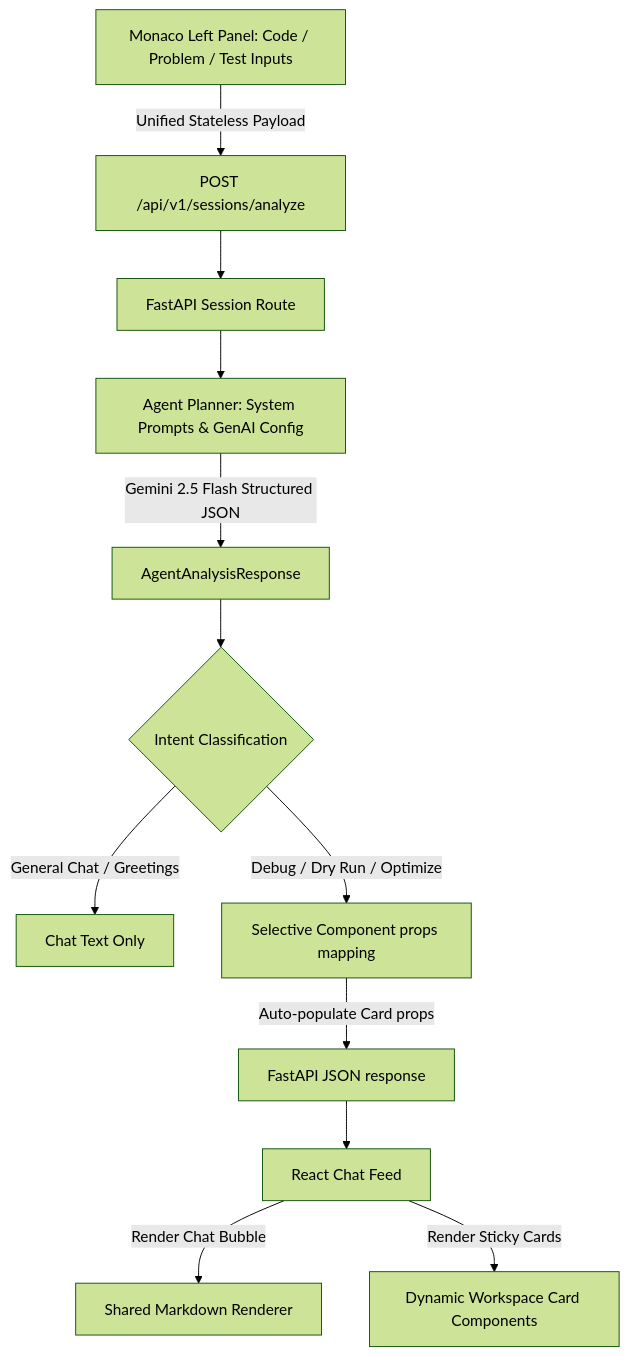
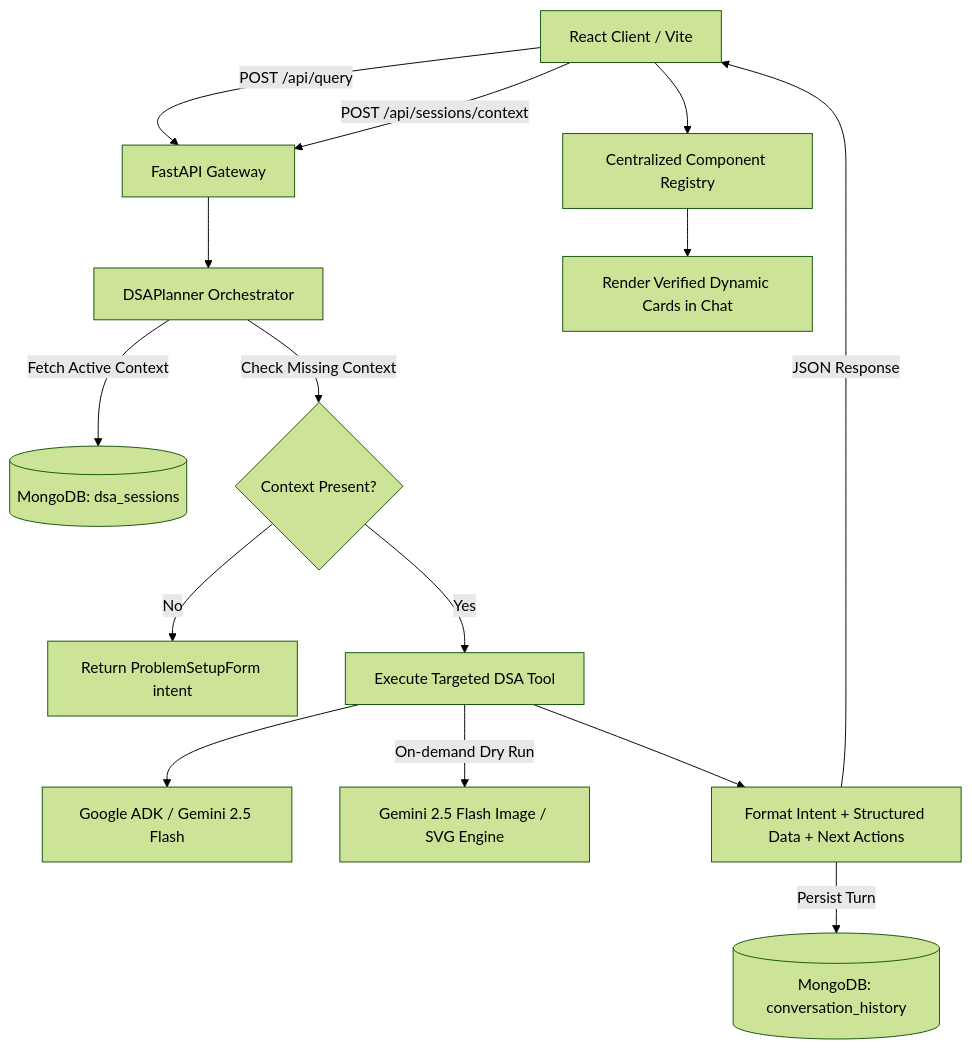
Before and after one commit to sksmagr23/CodeMentor-AI: the diagram in README.md, drawn with Mermaid (forest theme). The commit also changed other lines of this file and 57 other files, not shown here.

Commit message:
configured intent based chat

````diff
--- a/README.md
+++ b/README.md
@@ -21,14 +60,22 @@
 ```mermaid
 graph TD
-    A[Monaco Left Panel: Code / Problem / Test Inputs] -->|Unified Stateless Payload| B[POST /api/v1/sessions/analyze]
-    B --> C[FastAPI Session Route]
-    C --> D[Agent Planner: System Prompts & GenAI Config]
-    D -->|Gemini 2.5 Flash Structured JSON| E[AgentAnalysisResponse]
-    E --> F{Intent Classification}
-    F -->|General Chat / Greetings| G[Chat Text Only]
-    F -->|Debug / Dry Run / Optimize| H[Selective Component props mapping]
-    H -->|Auto-populate Card props| I[FastAPI JSON response]
-    I --> J[React Chat Feed]
-    J -->|Render Chat Bubble| K[Shared Markdown Renderer]
-    J -->|Render Sticky Cards| L[Dynamic Workspace Card Components]
+    A[React Client / Vite] -->|POST /api/query| B[FastAPI Gateway]
+    A -->|POST /api/sessions/context| B
+    B --> C[DSAPlanner Orchestrator]
+    
+    C -->|Fetch Active Context| D[(MongoDB: dsa_sessions)]
+    C -->|Check Missing Context| E{Context Present?}
+    
+    E -->|No| F[Return ProblemSetupForm intent]
+    E -->|Yes| G[Execute Targeted DSA Tool]
+    
+    G --> H[Google ADK / Gemini 2.5 Flash]
+    G -->|On-demand Dry Run| I[Gemini 2.5 Flash Image / SVG Engine]
+    
+    G --> J[Format Intent + Structured Data + Next Actions]
+    J -->|Persist Turn| K[(MongoDB: conversation_history)]
+    J -->|JSON Response| A
+    
+    A --> L[Centralized Component Registry]
+    L --> M[Render Verified Dynamic Cards in Chat]
 ```
````
